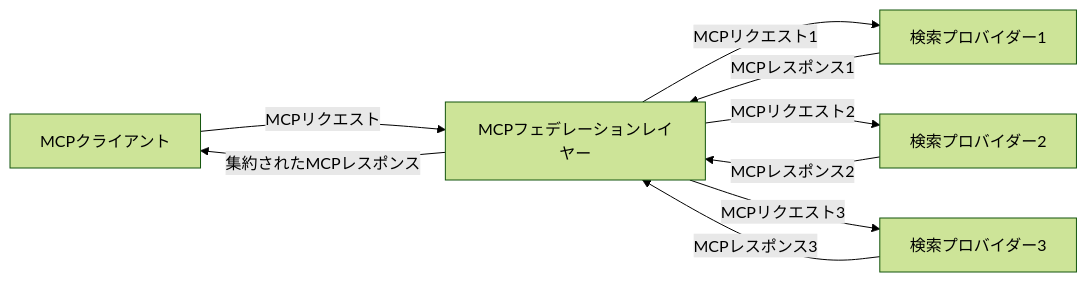
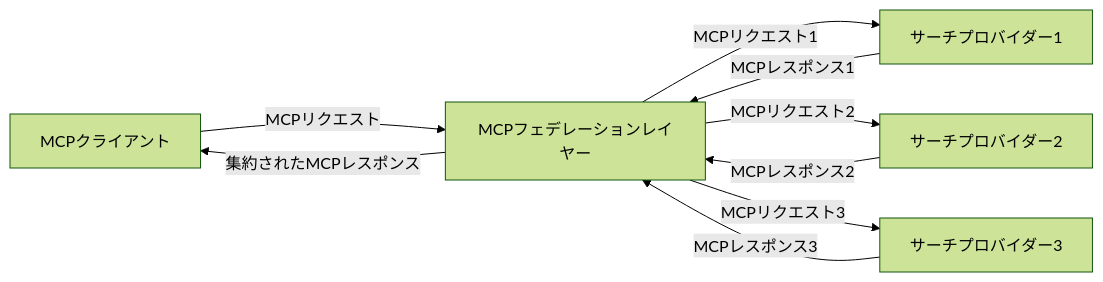
The third of 4 diagrams in translations/ja/05-AdvancedTopics/mcp-realtimesearch/README.md (microsoft/mcp-for-beginners), drawn with Mermaid (forest theme) before and after one commit. The commit also changed other lines of this file and 110 other files, not shown here.

````diff
--- a/translations/ja/05-AdvancedTopics/mcp-realtimesearch/README.md
+++ b/translations/ja/05-AdvancedTopics/mcp-realtimesearch/README.md
@@ -610,11 +612,11 @@
 ```mermaid
 graph LR
     Client[MCPクライアント] --> |MCPリクエスト| Federation[MCPフェデレーションレイヤー]
-    Federation --> |MCPリクエスト1| Search1[検索プロバイダー1]
-    Federation --> |MCPリクエスト2| Search2[検索プロバイダー2]
-    Federation --> |MCPリクエスト3| Search3[検索プロバイダー3]
+    Federation --> |MCPリクエスト1| Search1[サーチプロバイダー1]
+    Federation --> |MCPリクエスト2| Search2[サーチプロバイダー2]
+    Federation --> |MCPリクエスト3| Search3[サーチプロバイダー3]
     Search1 --> |MCPレスポンス1| Federation
     Search2 --> |MCPレスポンス2| Federation
     Search3 --> |MCPレスポンス3| Federation
     Federation --> |集約されたMCPレスポンス| Client
 ```
````
